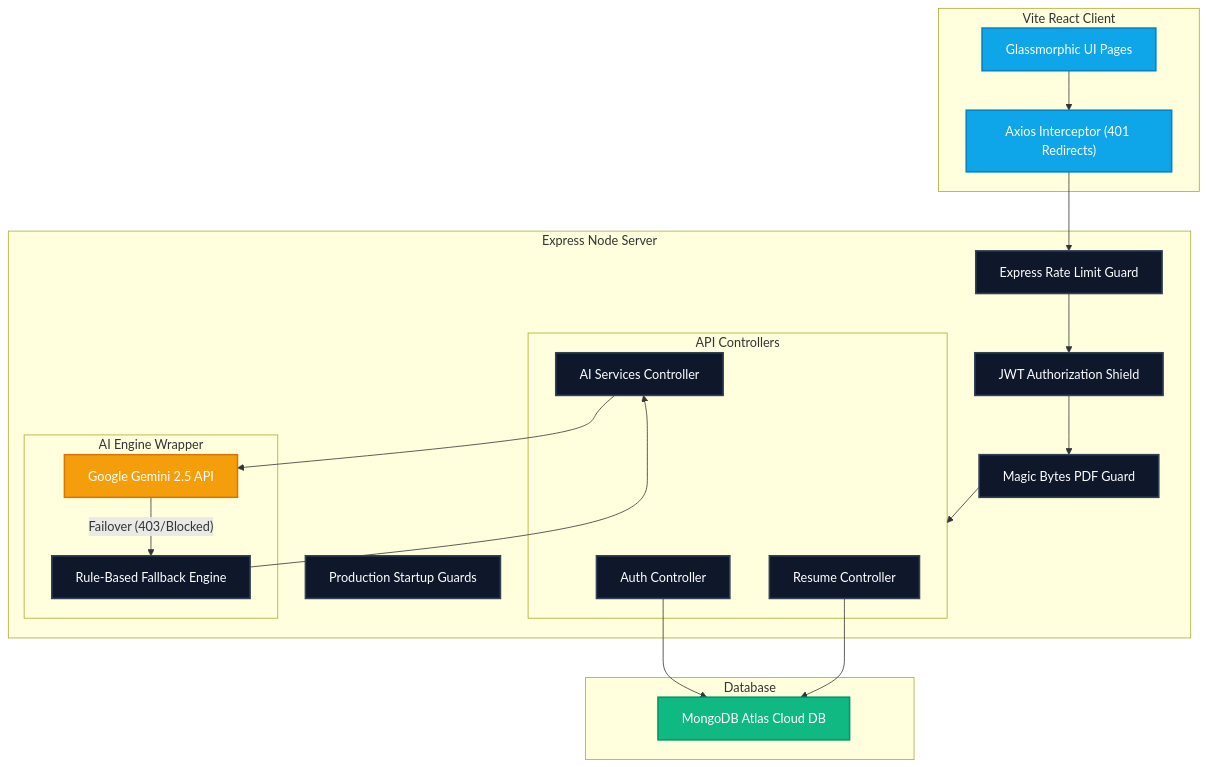
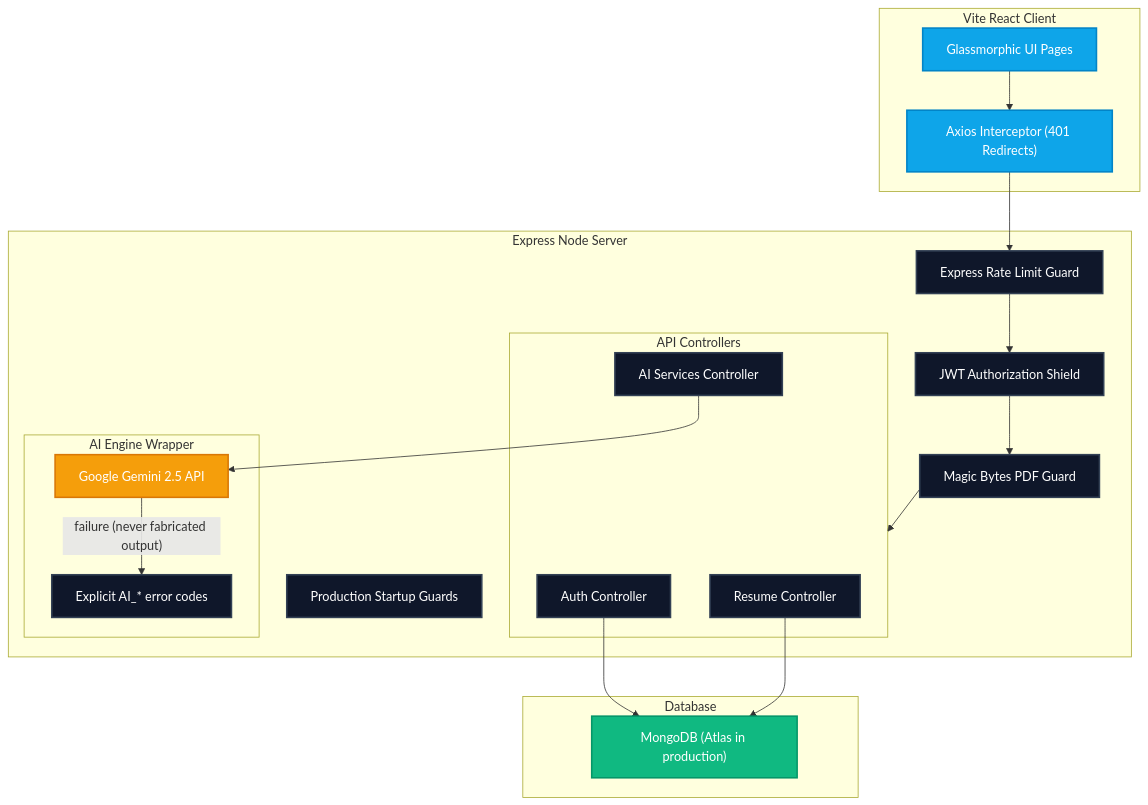
One commit to udayrastogi0531/AI-Career-Copilot-SkillSync-AI changed the diagram in README.md. Above: the diagram before and after it, drawn with Mermaid. The commit also changed other lines of this file and 92 other files, not shown here.

````diff
--- a/README.md
+++ b/README.md
@@ -22,47 +22,46 @@
 ```mermaid
 graph TD
     classDef client fill:#0ea5e9,stroke:#0284c7,stroke-width:2px,color:#fff;
     classDef server fill:#0f172a,stroke:#334155,stroke-width:2px,color:#fff;
     classDef db fill:#10b981,stroke:#059669,stroke-width:2px,color:#fff;
     classDef third fill:#f59e0b,stroke:#d97706,stroke-width:2px,color:#fff;
 
     subgraph Frontend [Vite React Client]
         UI["Glassmorphic UI Pages"]:::client
         Axios["Axios Interceptor (401 Redirects)"]:::client
     end
 
     subgraph Backend [Express Node Server]
         RL["Express Rate Limit Guard"]:::server
         AuthM["JWT Authorization Shield"]:::server
         MagicCheck["Magic Bytes PDF Guard"]:::server
         EnvGuard["Production Startup Guards"]:::server
         
         subgraph CoreControllers [API Controllers]
             AuthController["Auth Controller"]:::server
             ResumeController["Resume Controller"]:::server
             AIController["AI Services Controller"]:::server
         end
 
         subgraph ResilienceEngine [AI Engine Wrapper]
             GeminiAPI["Google Gemini 2.5 API"]:::third
-            LocalFallback["Rule-Based Fallback Engine"]:::server
+            ErrorMapping["Explicit AI_* error codes"]:::server
         end
     end
 
     subgraph Storage [Database]
-        MongoCloud["MongoDB Atlas Cloud DB"]:::db
+        MongoCloud["MongoDB (Atlas in production)"]:::db
     end
 
     UI --> Axios
     Axios --> RL
     RL --> AuthM
     AuthM --> MagicCheck
     MagicCheck --> CoreControllers
     
     AuthController --> MongoCloud
     ResumeController --> MongoCloud
     
     AIController --> GeminiAPI
-    GeminiAPI -- Failover (403/Blocked) --> LocalFallback
-    LocalFallback --> AIController
+    GeminiAPI -- failure (never fabricated output) --> ErrorMapping
 ```
````
